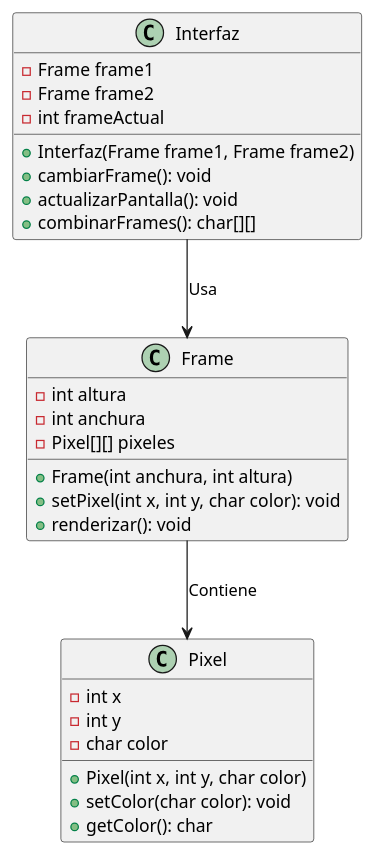
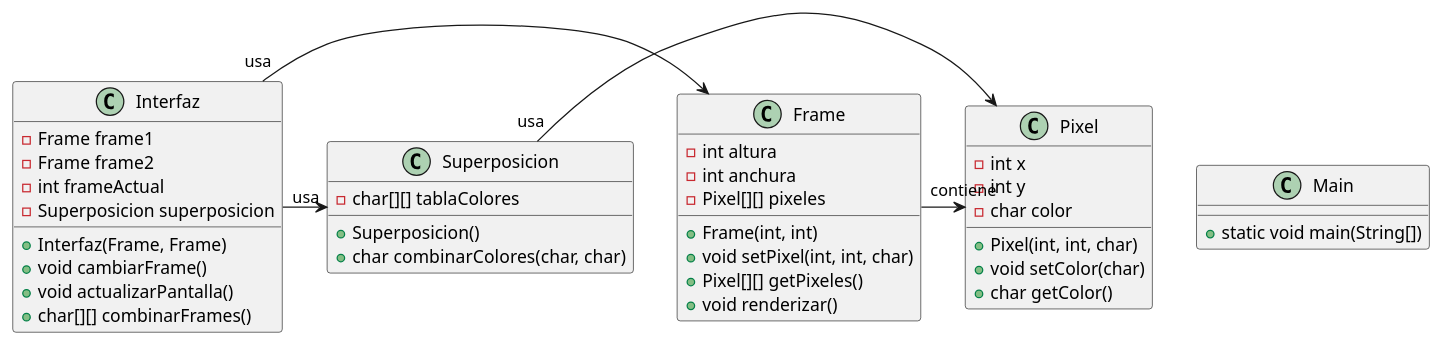
The diagram in entregas/tresgalloRuben/mejorado.puml (rubentresgallob/24-25-EDA2), drawn with PlantUML before and after one commit. The commit also changed 5 other files, not shown here.

```diff
--- a/entregas/tresgalloRuben/mejorado.puml
+++ b/entregas/tresgalloRuben/mejorado.puml
@@ -1,34 +1,46 @@
 @startuml
-
 class Pixel {
     - int x
     - int y
     - char color
-    + Pixel(int x, int y, char color)
-    + setColor(char color): void
-    + getColor(): char
+    + Pixel(int, int, char)
+    + void setColor(char)
+    + char getColor()
 }
 
 class Frame {
     - int altura
     - int anchura
     - Pixel[][] pixeles
-    + Frame(int anchura, int altura)
-    + setPixel(int x, int y, char color): void
-    + renderizar(): void
+    + Frame(int, int)
+    + void setPixel(int, int, char)
+    + Pixel[][] getPixeles()
+    + void renderizar()
+}
+
+class Superposicion {
+    - char[][] tablaColores
+    + Superposicion()
+    + char combinarColores(char, char)
 }
 
 class Interfaz {
     - Frame frame1
     - Frame frame2
     - int frameActual
-    + Interfaz(Frame frame1, Frame frame2)
-    + cambiarFrame(): void
-    + actualizarPantalla(): void
-    + combinarFrames(): char[][]
+    - Superposicion superposicion
+    + Interfaz(Frame, Frame)
+    + void cambiarFrame()
+    + void actualizarPantalla()
+    + char[][] combinarFrames()
 }
 
-Interfaz --> Frame : Usa
-Frame --> Pixel : Contiene
+class Main {
+    + static void main(String[])
+}
 
+Frame "contiene" -> Pixel
+Interfaz "usa" -> Frame
+Interfaz "usa" -> Superposicion
+Superposicion "usa" -> Pixel
 @enduml
```
